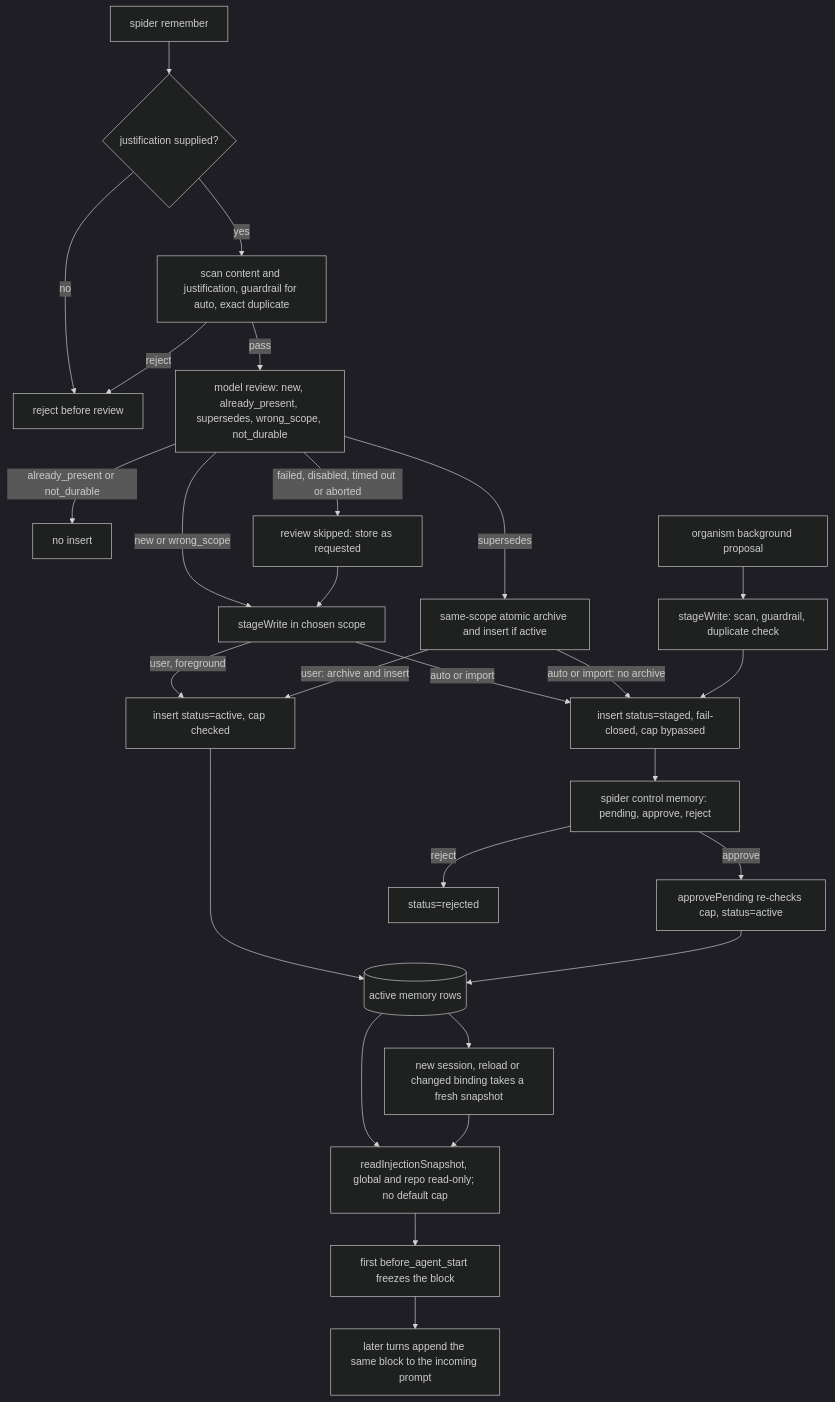
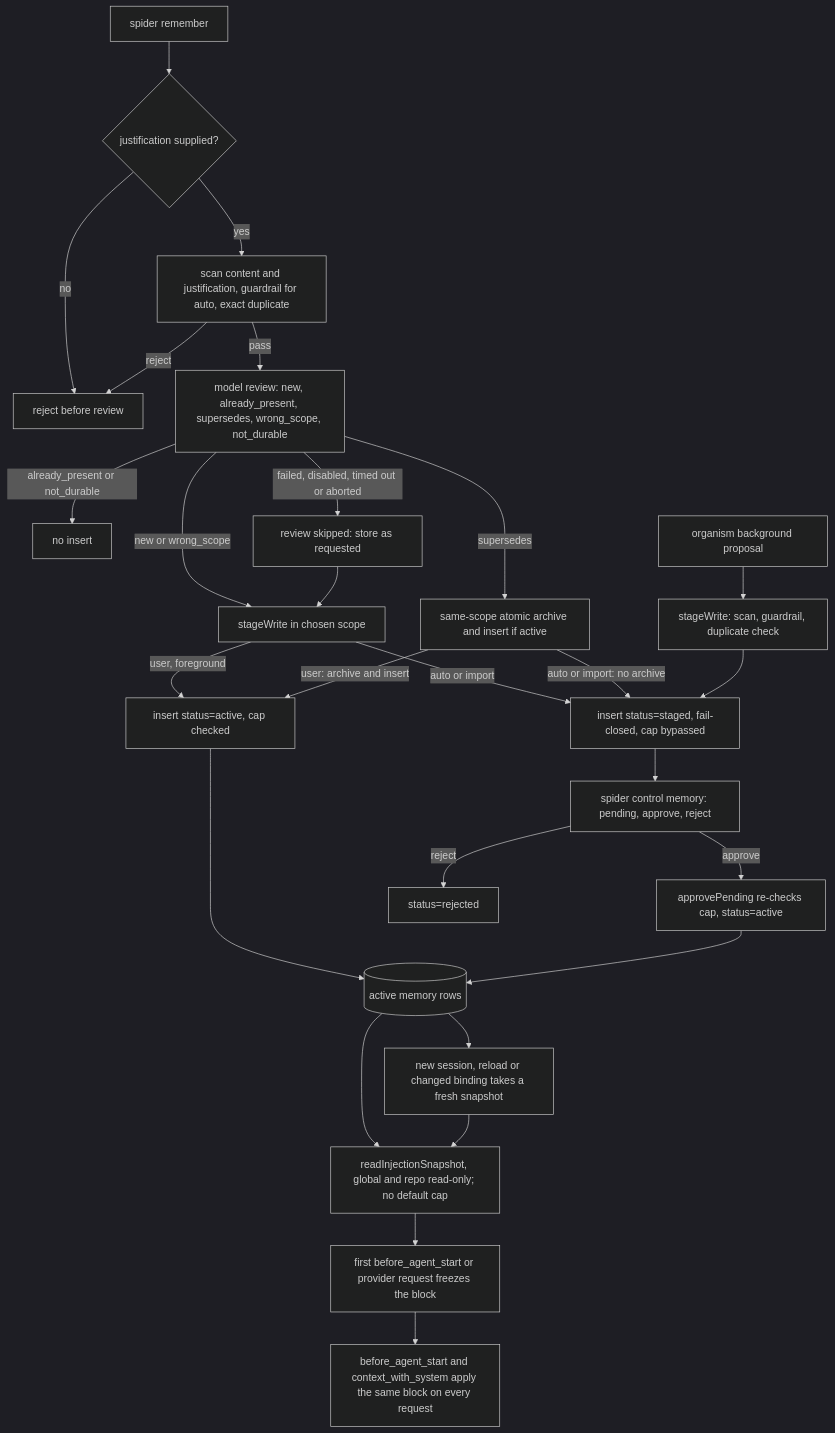
Before and after one commit to guru-irl/spider: the second of 5 diagrams in docs/architecture/feedback-and-learning-loops.md, drawn with Mermaid (dark theme). The commit also changed other lines of this file and 4 other files, not shown here.

````diff
--- a/docs/architecture/feedback-and-learning-loops.md
+++ b/docs/architecture/feedback-and-learning-loops.md
@@ -186,32 +192,32 @@
 ```mermaid
 flowchart TD
   R["spider remember"] --> J{"justification supplied?"}
   J -->|no| NO["reject before review"]
   J -->|yes| PRE["scan content and justification, guardrail for auto, exact duplicate"]
   PRE -->|reject| NO
   PRE -->|pass| REVIEW["model review: new, already_present, supersedes, wrong_scope, not_durable"]
   REVIEW -->|"already_present or not_durable"| NOINSERT["no insert"]
   REVIEW -->|"failed, disabled, timed out or aborted"| SKIP["review skipped: store as requested"]
   REVIEW -->|"new or wrong_scope"| SW["stageWrite in chosen scope"]
   REVIEW -->|"supersedes"| ATOMIC["same-scope atomic archive and insert if active"]
   SKIP --> SW
   SW -->|"user, foreground"| ACT["insert status=active, cap checked"]
   SW -->|"auto or import"| STG["insert status=staged, fail-closed, cap bypassed"]
   ATOMIC -->|"user: archive and insert"| ACT
   ATOMIC -->|"auto or import: no archive"| STG
   ORG["organism background proposal"] --> BG["stageWrite: scan, guardrail, duplicate check"]
   BG --> STG
 
   STG --> REV["spider control memory: pending, approve, reject"]
   REV -->|approve| ACT2["approvePending re-checks cap, status=active"]
   REV -->|reject| REJ["status=rejected"]
 
   ACT --> AM[("active memory rows")]
   ACT2 --> AM
 
   AM --> SNAP["readInjectionSnapshot, global and repo read-only; no default cap"]
-  SNAP --> FREEZE["first before_agent_start freezes the block"]
-  FREEZE --> INJ["later turns append the same block to the incoming prompt"]
+  SNAP --> FREEZE["first before_agent_start or provider request freezes the block"]
+  FREEZE --> INJ["before_agent_start and context_with_system apply the same block on every request"]
   AM --> NEXT["new session, reload or changed binding takes a fresh snapshot"]
   NEXT --> SNAP
 ```
````
